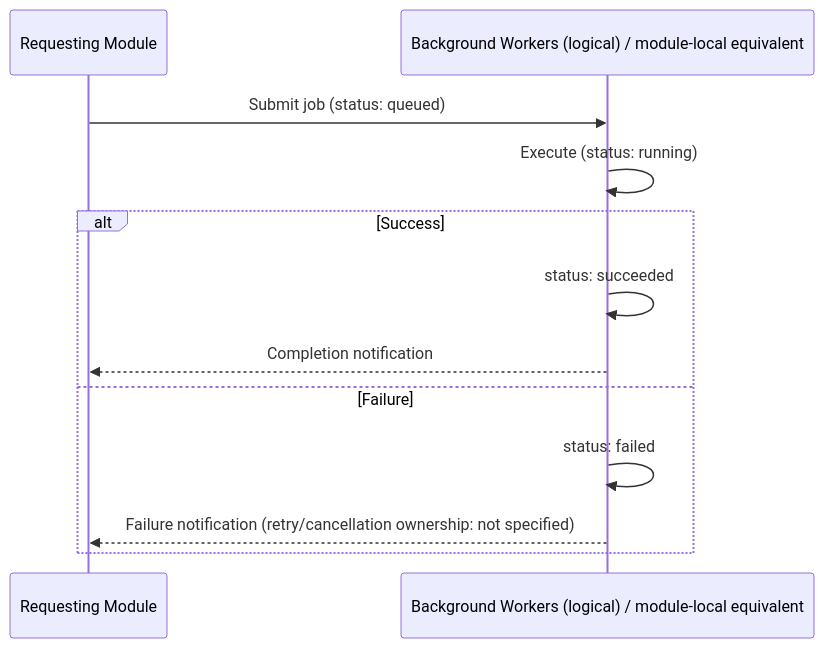
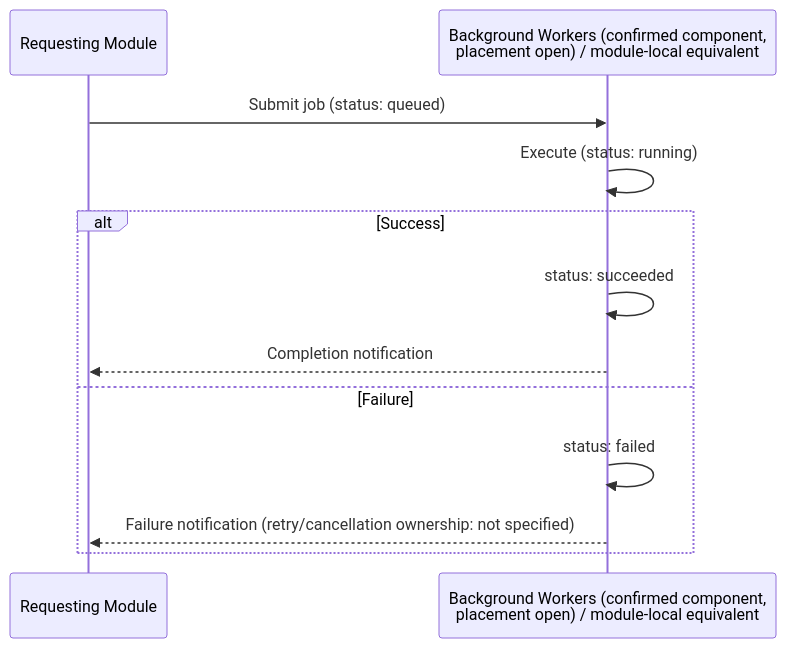
Before and after one commit to Darhous/test-m3ml: diagram 14 of 14 in docs/sad/05-runtime-view.md, drawn with Mermaid. The commit also changed other lines of this file, not shown here.

````diff
--- a/docs/sad/05-runtime-view.md
+++ b/docs/sad/05-runtime-view.md
@@ -677,15 +694,15 @@
 ```mermaid
 sequenceDiagram
     participant Mod as Requesting Module
-    participant BW as Background Workers (logical) / module-local equivalent
+    participant BW as Background Workers (confirmed component,<br/>placement open) / module-local equivalent
 
     Mod->>BW: Submit job (status: queued)
     BW->>BW: Execute (status: running)
     alt Success
         BW->>BW: status: succeeded
         BW-->>Mod: Completion notification
     else Failure
         BW->>BW: status: failed
         BW-->>Mod: Failure notification (retry/cancellation ownership: not specified)
     end
 ```
````
